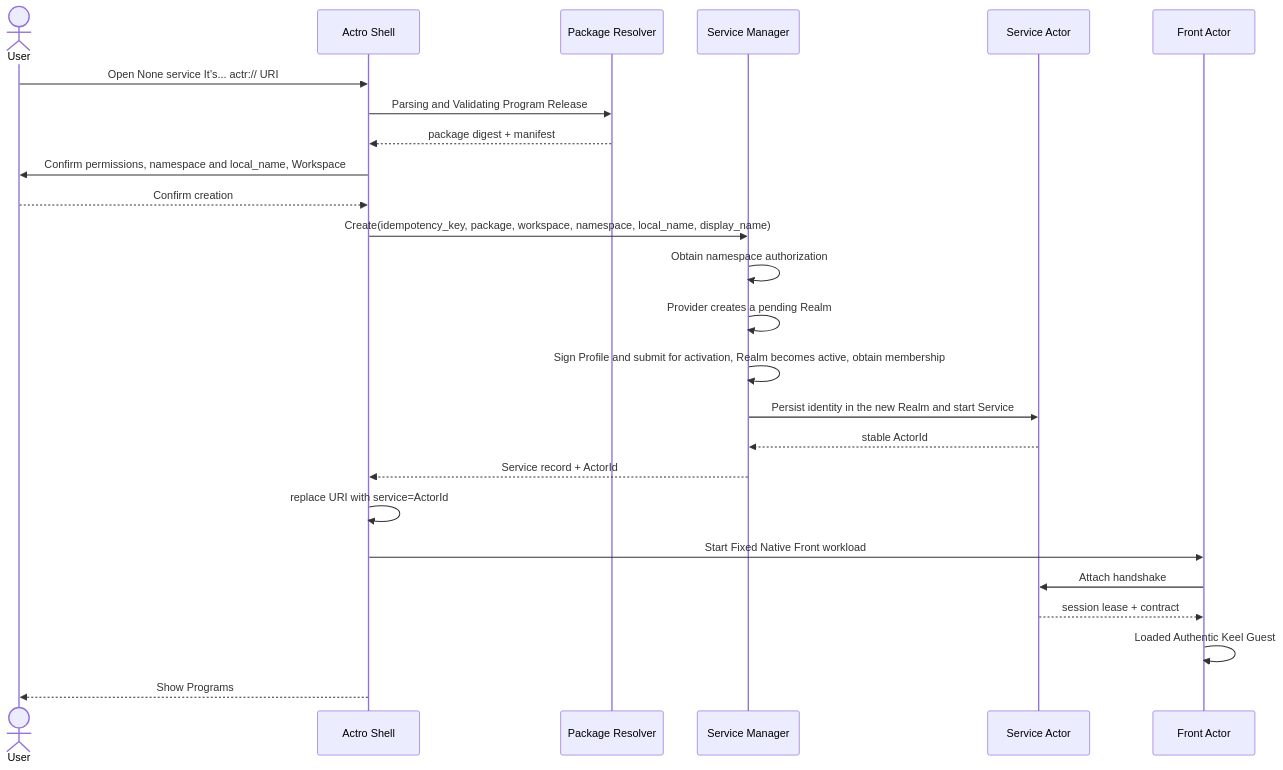
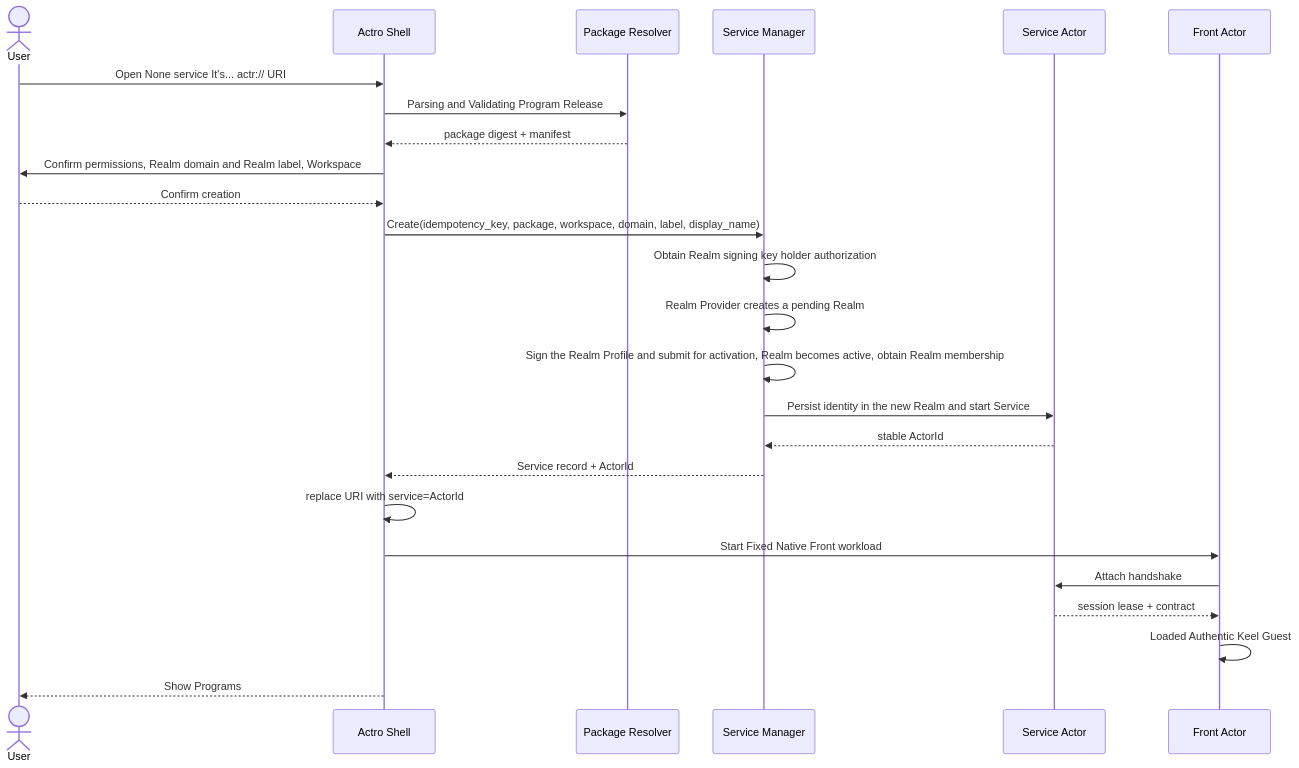
The diagram in docs/product/actrium-v1/03-user-experience.md (Actrium/actrium), drawn with Mermaid before and after one commit. The commit also changed other lines of this file and 64 other files, not shown here.

````diff
--- a/docs/product/actrium-v1/03-user-experience.md
+++ b/docs/product/actrium-v1/03-user-experience.md
@@ -122,28 +122,28 @@
 ```mermaid
 sequenceDiagram
     actor U as User
     participant A as Actro Shell
     participant P as Package Resolver
     participant M as Service Manager
     participant S as Service Actor
     participant F as Front Actor
 
     U->>A: Open None service It's... actr:// URI
     A->>P: Parsing and Validating Program Release
     P-->>A: package digest + manifest
-    A->>U: Confirm permissions, namespace and local_name, Workspace
+    A->>U: Confirm permissions, Realm domain and Realm label, Workspace
     U-->>A: Confirm creation
-    A->>M: Create(idempotency_key, package, workspace, namespace, local_name, display_name)
-    M->>M: Obtain namespace authorization
-    M->>M: Provider creates a pending Realm
-    M->>M: Sign Profile and submit for activation, Realm becomes active, obtain membership
+    A->>M: Create(idempotency_key, package, workspace, domain, label, display_name)
+    M->>M: Obtain Realm signing key holder authorization
+    M->>M: Realm Provider creates a pending Realm
+    M->>M: Sign the Realm Profile and submit for activation, Realm becomes active, obtain Realm membership
     M->>S: Persist identity in the new Realm and start Service
     S-->>M: stable ActorId
     M-->>A: Service record + ActorId
     A->>A: replace URI with service=ActorId
     A->>F: Start Fixed Native Front workload
     F->>S: Attach handshake
     S-->>F: session lease + contract
     F->>F: Loaded Authentic Keel Guest
     A-->>U: Show Programs
 ```
````
